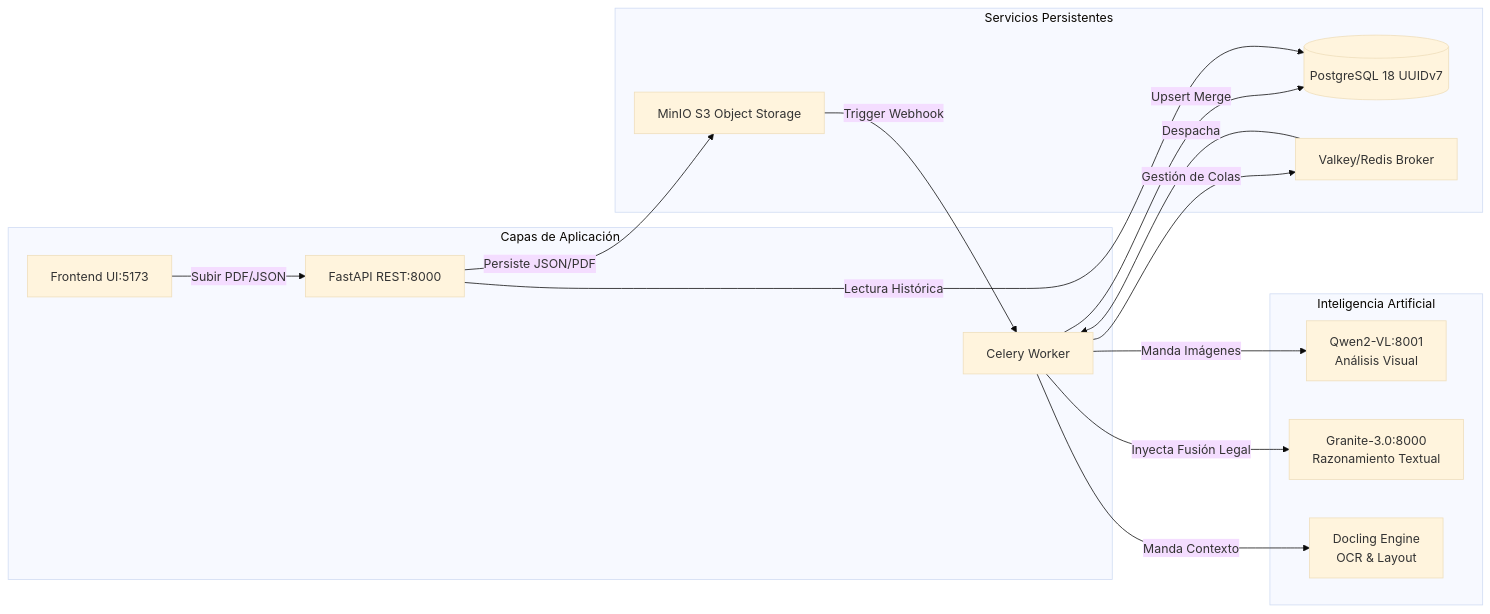
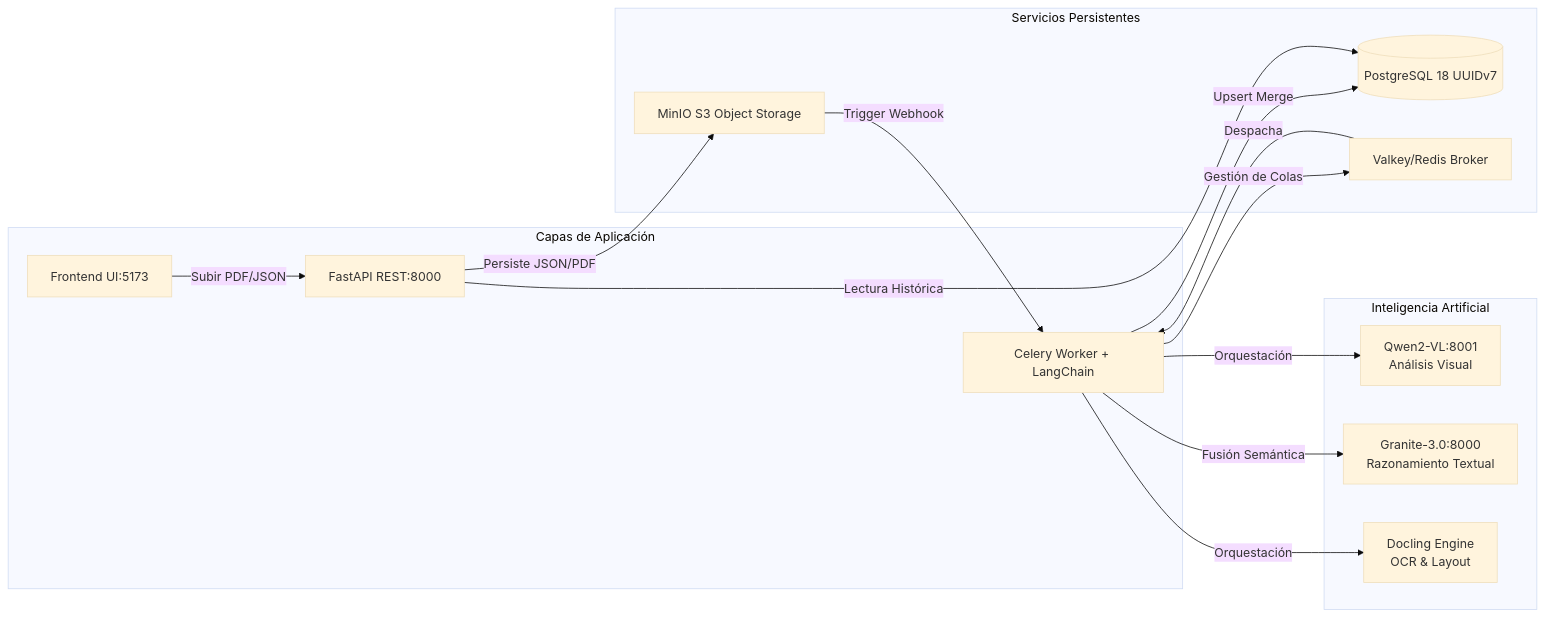
The first of 2 diagrams in README.md (imarthe75/idp-smart), drawn with Mermaid (base theme) before and after one commit. The commit also changed other lines of this file, not shown here.

Commit message:
docs: Update README with expanded RAG roadmap and human-in-the-loop milestone

````diff
--- a/README.md
+++ b/README.md
@@ -35,31 +35,31 @@
 ```mermaid
 graph LR
     subgraph Capas [Capas de Aplicación]
         API[FastAPI REST:8000]
-        Worker[Celery Worker]
+        Worker[Celery Worker + LangChain]
         UI[Frontend UI:5173]
     end
 
     subgraph Core [Servicios Persistentes]
         DB[(PostgreSQL 18 UUIDv7)]
         S3[MinIO S3 Object Storage]
         Redis[Valkey/Redis Broker]
     end
 
     subgraph AI [Inteligencia Artificial]
         AI_Vision[Qwen2-VL:8001 <br> Análisis Visual]
         AI_Logic[Granite-3.0:8000 <br> Razonamiento Textual]
         Docling[Docling Engine <br> OCR & Layout]
     end
 
     UI -->|Subir PDF/JSON| API
     API -->|Persiste JSON/PDF| S3
     S3 -->|Trigger Webhook| Worker
     Worker -->|Gestión de Colas| Redis
     Redis -->|Despacha| Worker
-    Worker -->|Manda Imágenes| AI_Vision
-    Worker -->|Manda Contexto| Docling
-    Worker -->|Inyecta Fusión Legal| AI_Logic
+    Worker -->|Orquestación| AI_Vision
+    Worker -->|Orquestación| Docling
+    Worker -->|Fusión Semántica| AI_Logic
     Worker -->|Upsert Merge| DB
     API -->|Lectura Histórica| DB
 ```
````
